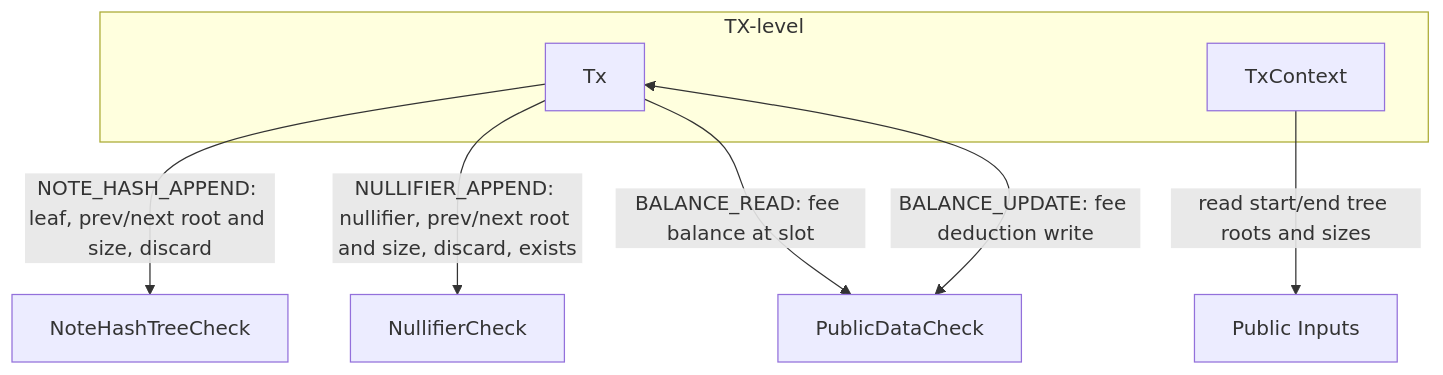
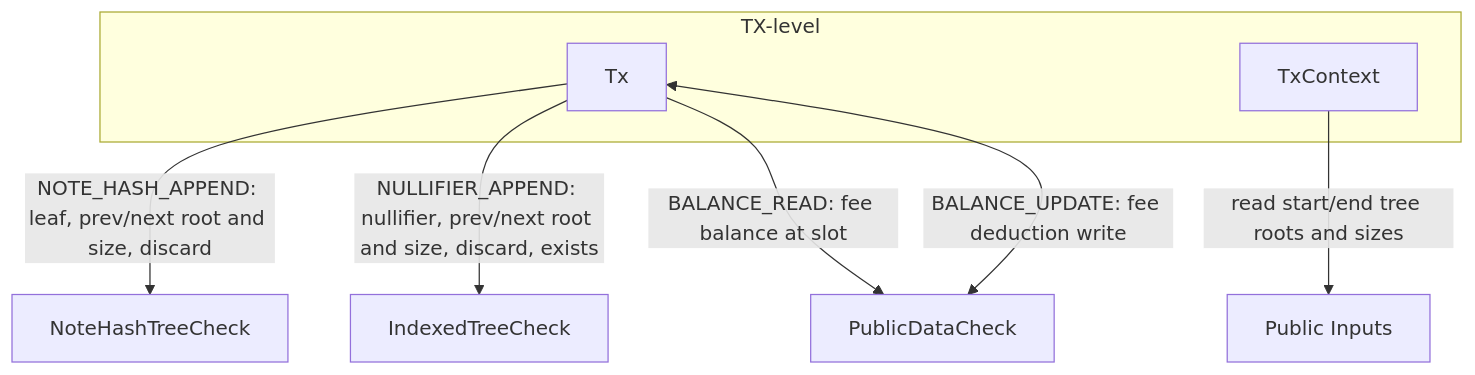
The third of 3 diagrams in barretenberg/cpp/pil/vm2/docs/README.md (aztec-labs-eng/aztec-node), drawn with Mermaid before and after one commit. The commit also changed other lines of this file and 103 other files, not shown here.

First line of the commit message:
feat(avm)!: Unify nullifier, written slots and retrieved bytecodes tree traces (AztecProtocol/aztec-packages#20949)

````diff
--- a/barretenberg/cpp/pil/vm2/docs/README.md
+++ b/barretenberg/cpp/pil/vm2/docs/README.md
@@ -431,18 +429,18 @@
 ```mermaid
 flowchart TB
   subgraph tx_level["TX-level"]
     TX[Tx]
     TXctx[TxContext]
   end
 
   PI[Public Inputs]
   NHT[NoteHashTreeCheck]
-  NC[NullifierCheck]
+  ITC[IndexedTreeCheck]
   PDC[PublicDataCheck]
 
   TXctx -->|read start/end tree roots and sizes| PI
   TX -->|NOTE_HASH_APPEND: leaf, prev/next root and size, discard| NHT
-  TX -->|NULLIFIER_APPEND: nullifier, prev/next root and size, discard, exists| NC
+  TX -->|NULLIFIER_APPEND: nullifier, prev/next root and size, discard, exists| ITC
   TX -->|BALANCE_READ: fee balance at slot| PDC
   TX <-->|BALANCE_UPDATE: fee deduction write| PDC
 ```
````
